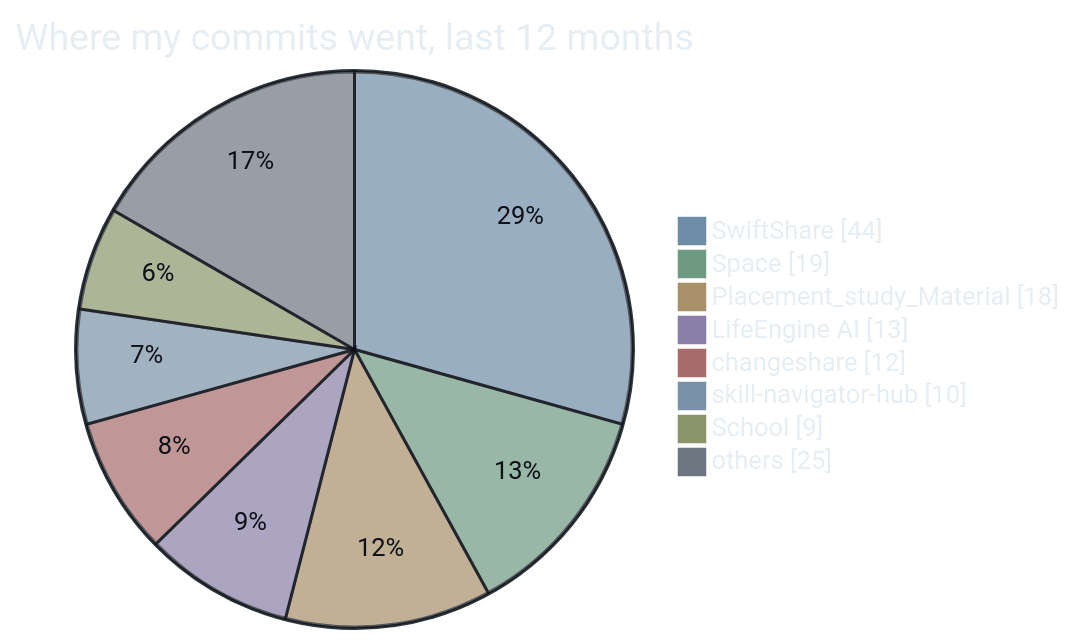
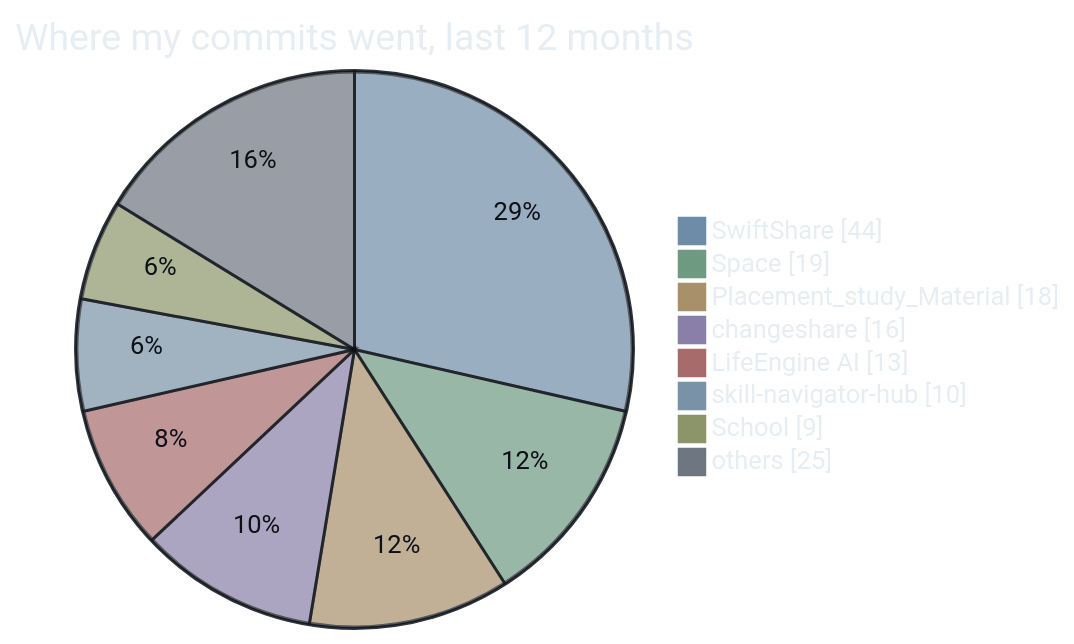
The seventh of 7 diagrams in README.md (AyushPandey510/AyushPandey510), drawn with Mermaid before and after one commit. The commit also changed other lines of this file and 9 other files, not shown here.

````diff
--- a/README.md
+++ b/README.md
@@ -187,12 +187,12 @@
 ```mermaid
 %%{init: {"theme":"base","themeVariables":{"pie1":"#6E8CA8","pie2":"#6F9A82","pie3":"#A8906A","pie4":"#8A7FA8","pie5":"#A86B6B","pie6":"#7A92A8","pie7":"#8C956A","pie8":"#6E7681","pieStrokeColor":"#0D1117","pieStrokeWidth":"2px","pieOuterStrokeColor":"#30363D","pieTitleTextColor":"#E6EDF3","pieSectionTextColor":"#0D1117","pieLegendTextColor":"#E6EDF3","fontFamily":"monospace"}}}%%
 pie showData title Where my commits went, last 12 months
     "SwiftShare" : 44
     "Space" : 19
     "Placement_study_Material" : 18
+    "changeshare" : 16
     "LifeEngine AI" : 13
-    "changeshare" : 12
     "skill-navigator-hub" : 10
     "School" : 9
     "others" : 25
 ```
````
